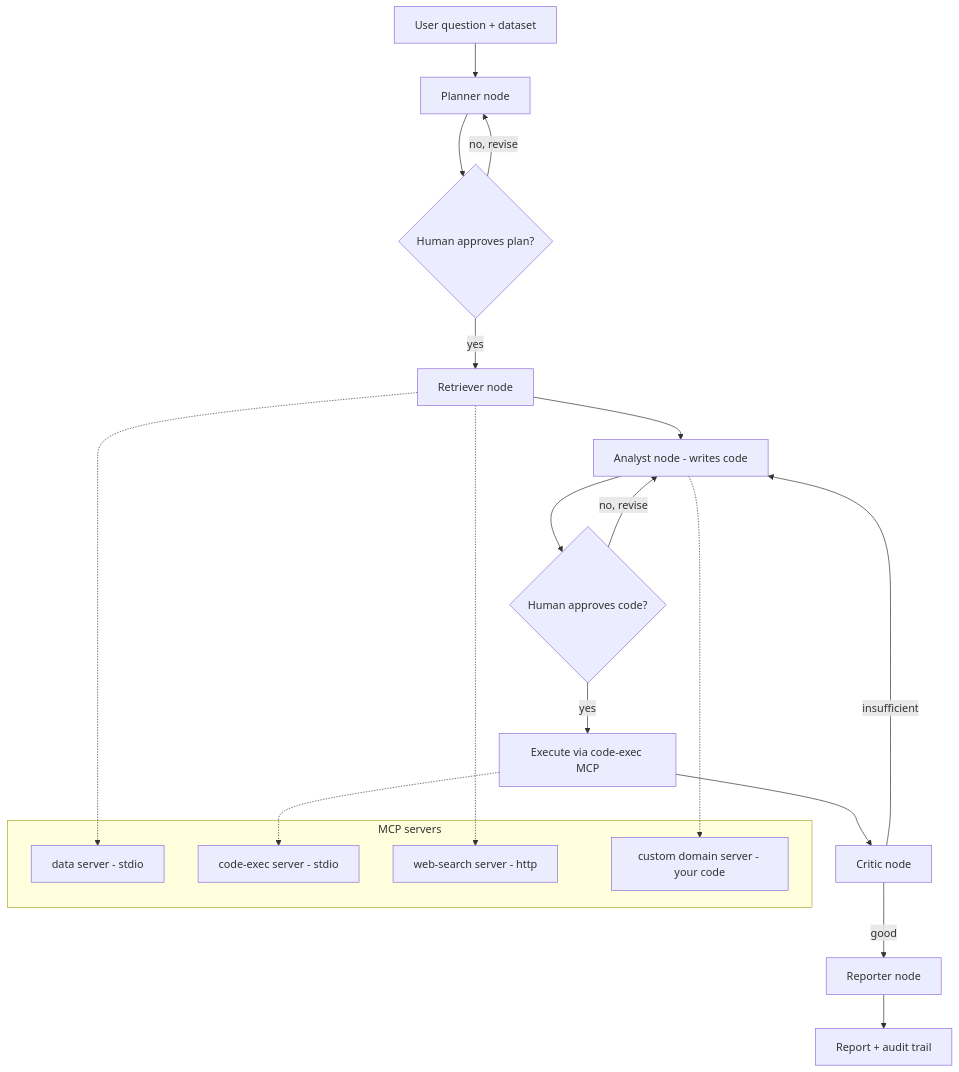
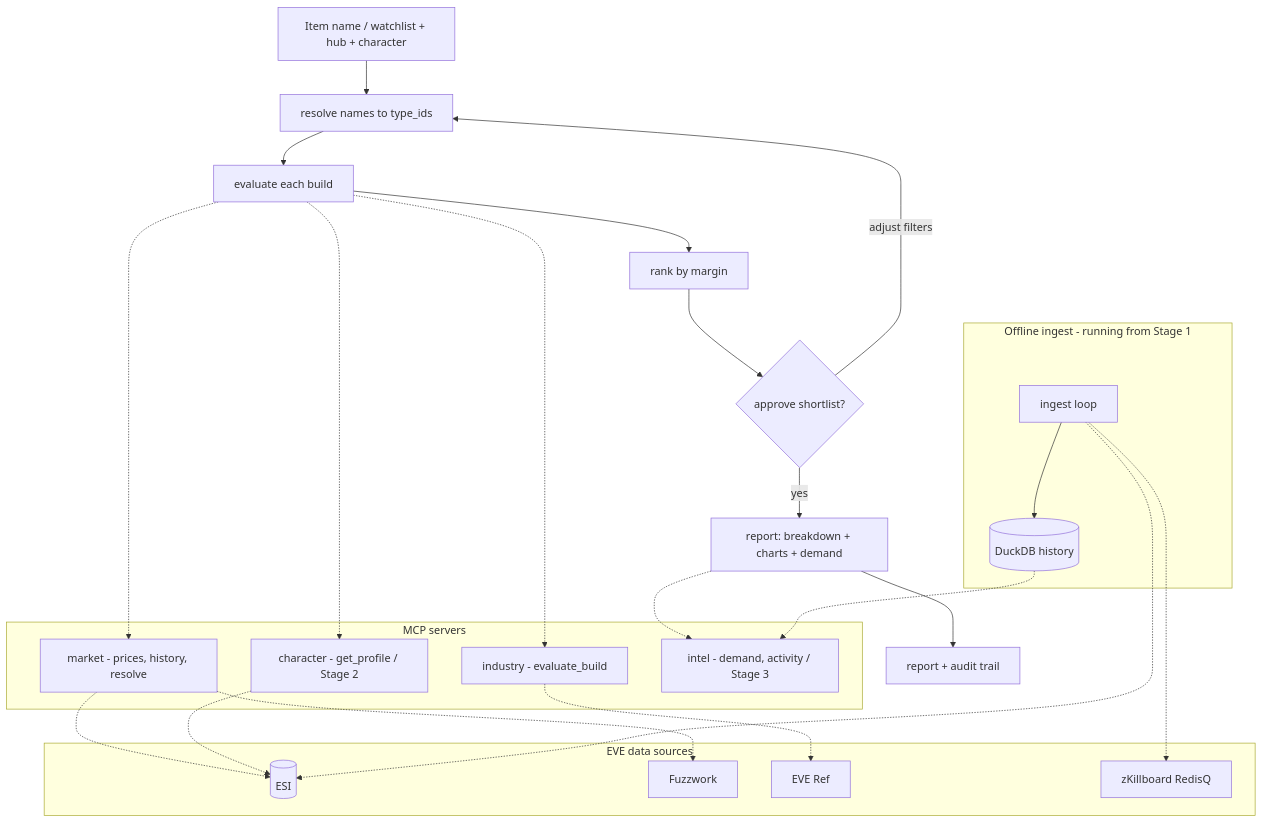
Before and after one commit to Mike-Clease/eve_industry_tool: the diagram in plan.md, drawn with Mermaid. The commit also changed other lines of this file and 2 other files, not shown here.

````diff
--- a/plan.md
+++ b/plan.md
@@ -39,27 +53,40 @@
 ```mermaid
 graph TD
-    U[User question + dataset] --> P[Planner node]
-    P --> G1{Human approves plan?}
-    G1 -->|no, revise| P
-    G1 -->|yes| R[Retriever node]
-    R --> A[Analyst node - writes code]
-    A --> G2{Human approves code?}
-    G2 -->|no, revise| A
-    G2 -->|yes| X[Execute via code-exec MCP]
-    X --> C[Critic node]
-    C -->|insufficient| A
-    C -->|good| W[Reporter node]
-    W --> END[Report + audit trail]
+    U[Item name / watchlist + hub + character] --> RES[resolve names to type_ids]
+    RES --> EV[evaluate each build]
+    EV --> RK[rank by margin]
+    RK --> G1{approve shortlist?}
+    G1 -->|adjust filters| RES
+    G1 -->|yes| RP[report: breakdown + charts + demand]
+    RP --> DONE[report + audit trail]
 
-    subgraph MCP servers
-        DATA[data server - stdio]
-        EXEC[code-exec server - stdio]
-        SEARCH[web-search server - http]
-        CUSTOM[custom domain server - your code]
+    subgraph servers [MCP servers]
+        MKT[market - prices, history, resolve]
+        IND[industry - evaluate_build]
+        CHR[character - get_profile / Stage 2]
+        INT[intel - demand, activity / Stage 3]
     end
 
-    R -.-> DATA
-    R -.-> SEARCH
-    X -.-> EXEC
-    A -.-> CUSTOM
+    EV -.-> MKT
+    EV -.-> IND
+    EV -.-> CHR
+    RP -.-> INT
+
+    subgraph offline [Offline ingest - running from Stage 1]
+        ING[ingest loop] --> STORE[(DuckDB history)]
+    end
+    STORE -.-> INT
+
+    subgraph sources [EVE data sources]
+        ESI[(ESI)]
+        FUZZ[Fuzzwork]
+        EVEREF[EVE Ref]
+        ZKB[zKillboard RedisQ]
+    end
+    MKT -.-> FUZZ
+    MKT -.-> ESI
+    IND -.-> EVEREF
+    CHR -.-> ESI
+    ING -.-> ZKB
+    ING -.-> ESI
 ```
````
